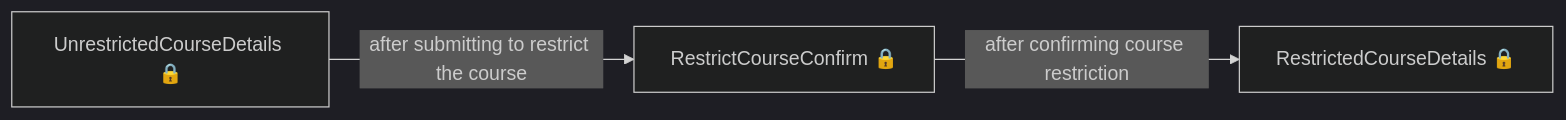
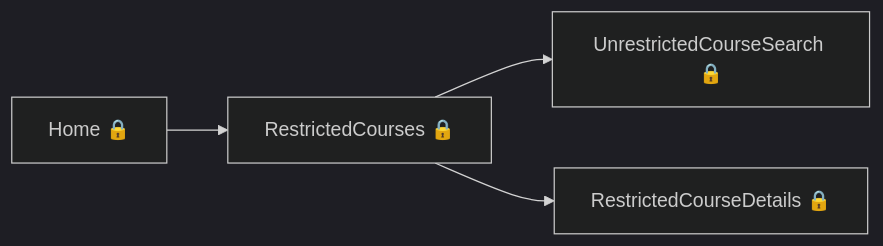
Diagram 15 of 15 in das-admin-roatp-web/user-journeys/user-journeys.md (talentconsulting/atlas-dfe), drawn with Mermaid (dark theme) before and after one commit. The commit also changed other lines of this file and 36 other files, not shown here.

````diff
--- a/das-admin-roatp-web/user-journeys/user-journeys.md
+++ b/das-admin-roatp-web/user-journeys/user-journeys.md
@@ -181,5 +186,6 @@
 ```mermaid
 flowchart LR
-  p0["UnrestrictedCourseDetails 🔒"] -->|"after submitting to restrict the course"| p1["RestrictCourseConfirm 🔒"]
-  p1["RestrictCourseConfirm 🔒"] -->|"after confirming course restriction"| p2["RestrictedCourseDetails 🔒"]
+  p0["Home 🔒"] --> p1["RestrictedCourses 🔒"]
+  p1["RestrictedCourses 🔒"] --> p2["UnrestrictedCourseSearch 🔒"]
+  p1["RestrictedCourses 🔒"] --> p3["RestrictedCourseDetails 🔒"]
 ```
````
